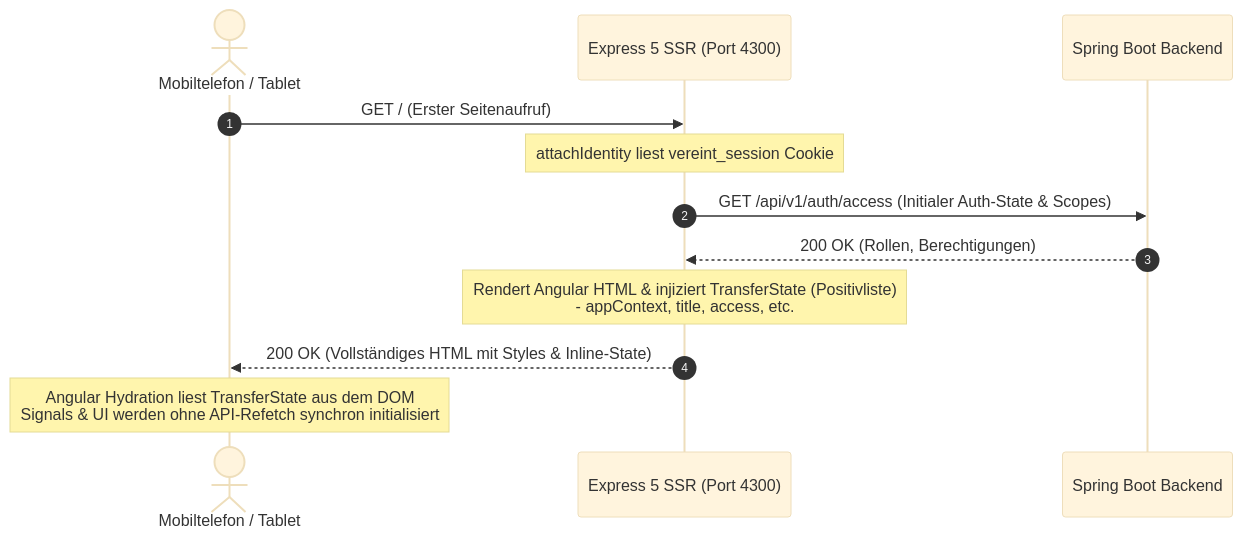
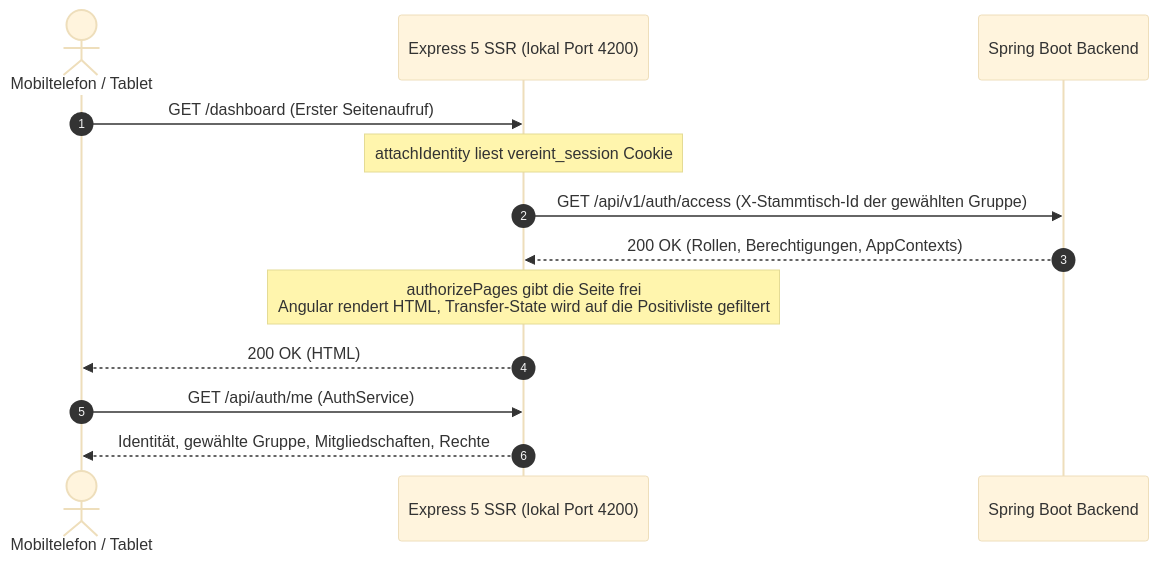
One commit to damaurer/vereint changed the diagram in docs/frontend/angular-ssr-and-pwa.md. Above: the diagram before and after it, drawn with Mermaid (base theme). The commit also changed other lines of this file and 20 other files, not shown here.

First line of the commit message:
docs: Technische Doku mit dem Code auf develop abgeglichen

````diff
--- a/docs/frontend/angular-ssr-and-pwa.md
+++ b/docs/frontend/angular-ssr-and-pwa.md
@@ -9,15 +9,16 @@
 ```mermaid
 sequenceDiagram
     autonumber
     actor Browser as Mobiltelefon / Tablet
-    participant BFF as Express 5 SSR (Port 4300)
+    participant BFF as Express 5 SSR (lokal Port 4200)
     participant Spring as Spring Boot Backend
 
-    Browser->>BFF: GET / (Erster Seitenaufruf)
+    Browser->>BFF: GET /dashboard (Erster Seitenaufruf)
     Note over BFF: attachIdentity liest vereint_session Cookie
-    BFF->>Spring: GET /api/v1/auth/access (Initialer Auth-State & Scopes)
-    Spring-->>BFF: 200 OK (Rollen, Berechtigungen)
-    Note over BFF: Rendert Angular HTML & injiziert TransferState (Positivliste)<br/>- appContext, title, access, etc.
-    BFF-->>Browser: 200 OK (Vollständiges HTML mit Styles & Inline-State)
-    Note over Browser: Angular Hydration liest TransferState aus dem DOM<br/>Signals & UI werden ohne API-Refetch synchron initialisiert
+    BFF->>Spring: GET /api/v1/auth/access (X-Stammtisch-Id der gewählten Gruppe)
+    Spring-->>BFF: 200 OK (Rollen, Berechtigungen, AppContexts)
+    Note over BFF: authorizePages gibt die Seite frei<br/>Angular rendert HTML, Transfer-State wird auf die Positivliste gefiltert
+    BFF-->>Browser: 200 OK (HTML)
+    Browser->>BFF: GET /api/auth/me (AuthService)
+    BFF-->>Browser: Identität, gewählte Gruppe, Mitgliedschaften, Rechte
 ```
````
